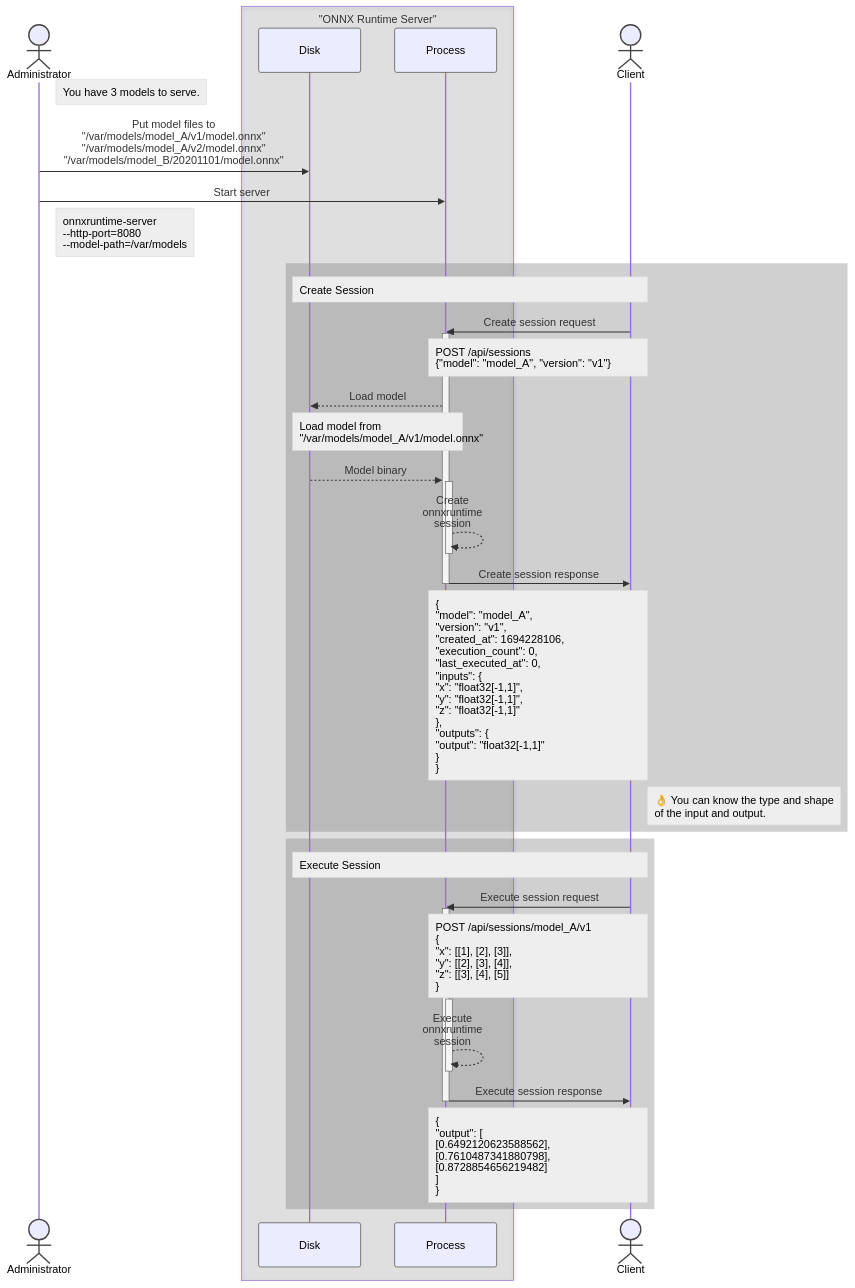
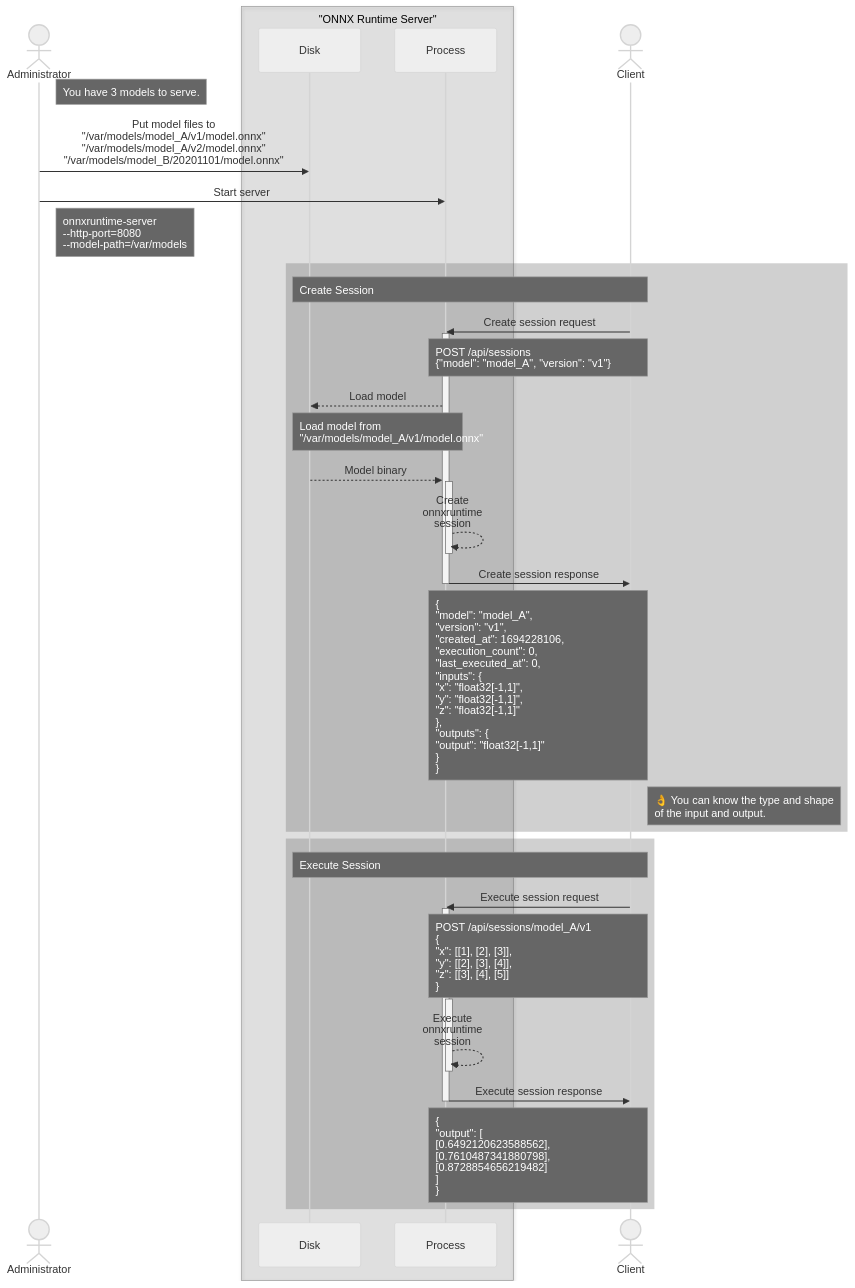
The second of 2 diagrams in README.md (kibae/onnxruntime-server), drawn with Mermaid before and after one commit. The commit also changed other lines of this file, not shown here.

````diff
--- a/README.md
+++ b/README.md
@@ -209,52 +202,45 @@
 ```mermaid
 %%{init: {
     'sequence': {'noteAlign': 'left', 'mirrorActors': true},
-    'theme': 'default',
-    'themeVariables': {
-        'darkMode': false,
-        'background': '#ffffff',
-        'noteBkgColor': '#eeeeee',
-        'noteBorderColor': '#dddddd',
-        'actorBorder': '#444444'
-    }
+    'theme': 'neutral'
 }}%%
 sequenceDiagram
     actor A as Administrator
     box rgb(0, 0, 0, 0.1) "ONNX Runtime Server"
         participant SD as Disk
         participant SP as Process
     end
     actor C as Client
     Note right of A: You have 3 models to serve.
     A ->> SD: Put model files to<br />"/var/models/model_A/v1/model.onnx"<br />"/var/models/model_A/v2/model.onnx"<br />"/var/models/model_B/20201101/model.onnx"
     A ->> SP: Start server
     Note right of A: onnxruntime-server<br />--http-port=8080<br />--model-path=/var/models
     rect rgb(100, 100, 100, 0.3)
         Note over SD, C: Create Session
         C ->> SP: Create session request
         activate SP
         Note over SP, C: POST /api/sessions<br />{"model": "model_A", "version": "v1"}
         SP -->> SD: Load model
         Note over SD, SP: Load model from<br />"/var/models/model_A/v1/model.onnx"
         SD -->> SP: Model binary
         activate SP
         SP -->> SP: Create<br />onnxruntime<br />session
         deactivate SP
         SP ->> C: Create session response
         deactivate SP
         Note over SP, C: {<br />"model": "model_A",<br />"version": "v1",<br />"created_at": 1694228106,<br />"execution_count": 0,<br />"last_executed_at": 0,<br />"inputs": {<br />"x": "float32[-1,1]",<br />"y": "float32[-1,1]",<br />"z": "float32[-1,1]"<br />},<br />"outputs": {<br />"output": "float32[-1,1]"<br />}<br />}
         Note right of C: 👌 You can know the type and shape<br />of the input and output.
     end
     rect rgb(100, 100, 100, 0.3)
         Note over SD, C: Execute Session
         C ->> SP: Execute session request
         activate SP
         Note over SP, C: POST /api/sessions/model_A/v1<br />{<br />"x": [[1], [2], [3]],<br />"y": [[2], [3], [4]],<br />"z": [[3], [4], [5]]<br />}
         activate SP
         SP -->> SP: Execute<br />onnxruntime<br />session
         deactivate SP
         SP ->> C: Execute session response
         deactivate SP
         Note over SP, C: {<br />"output": [<br />[0.6492120623588562],<br />[0.7610487341880798],<br />[0.8728854656219482]<br />]<br />}
     end
 ```
````
